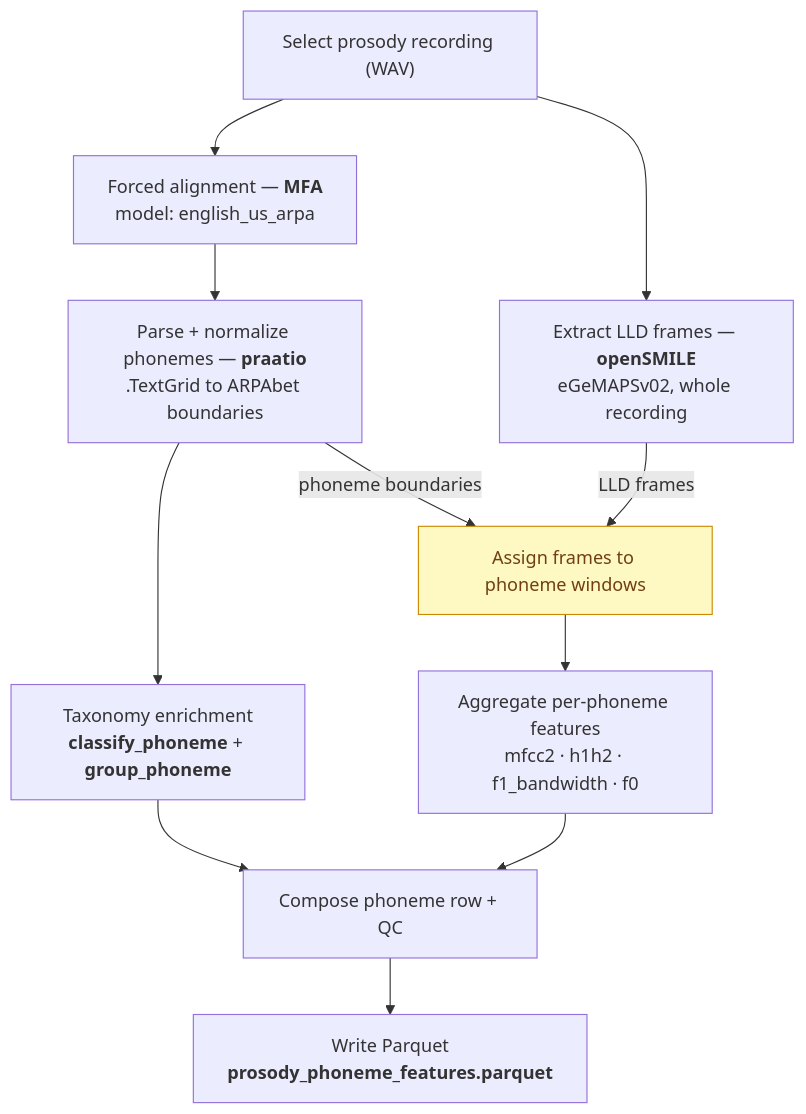
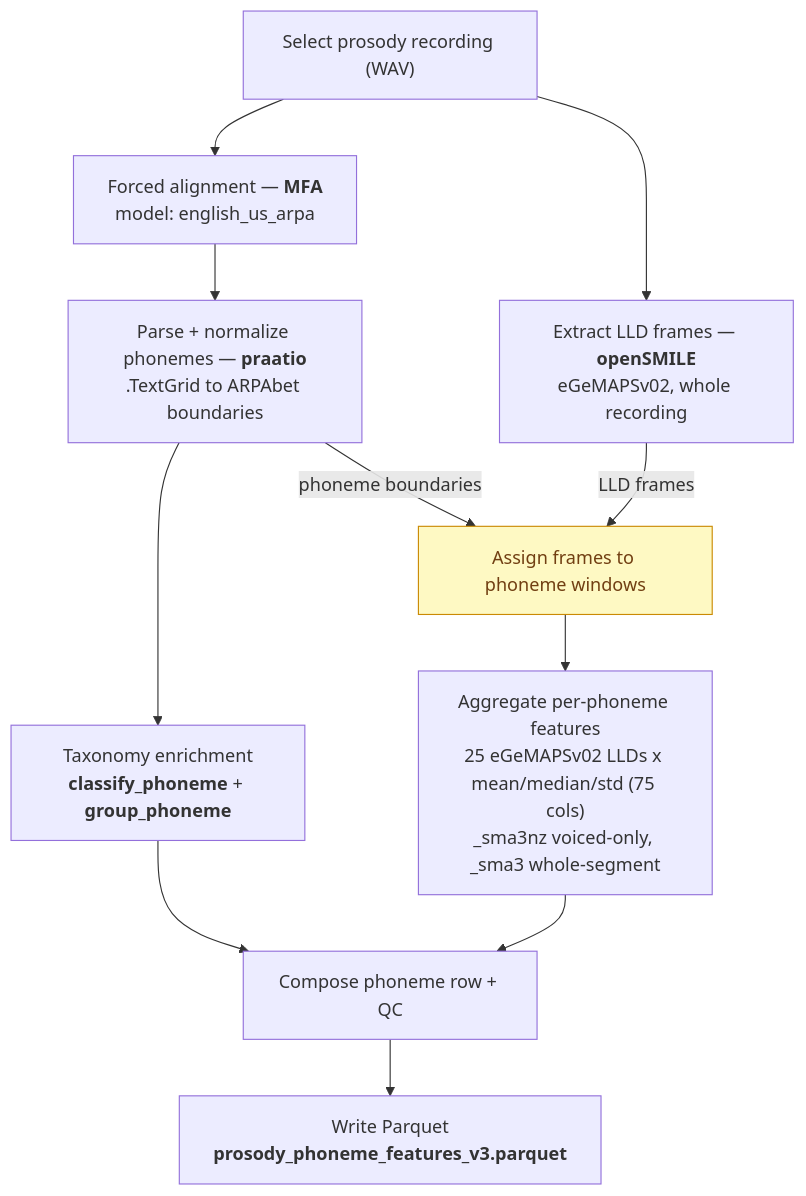
The first of 2 diagrams in docs/PHONEME_PROSODY_METHODOLOGY_PRESENTATION.md (PoisonIvory/voice_feature_extraction), drawn with Mermaid before and after one commit. The commit also changed 15 other files, not shown here.

First line of the commit message:
Generalize phoneme prosody extraction to all 25 eGeMAPS LLDs (v3).

````diff
--- a/docs/PHONEME_PROSODY_METHODOLOGY_PRESENTATION.md
+++ b/docs/PHONEME_PROSODY_METHODOLOGY_PRESENTATION.md
@@ -20,21 +20,21 @@
 ```mermaid
 flowchart TD
     A["Select prosody recording (WAV)"]
 
     A --> C["Forced alignment &mdash; <b>MFA</b><br/>model: english_us_arpa"]
     A --> H["Extract LLD frames &mdash; <b>openSMILE</b><br/>eGeMAPSv02, whole recording"]
 
     C --> D["Parse + normalize phonemes &mdash; <b>praatio</b><br/>.TextGrid to ARPAbet boundaries"]
     D --> G["Taxonomy enrichment<br/><b>classify_phoneme</b> + <b>group_phoneme</b>"]
 
     D -- "phoneme boundaries" --> I["Assign frames to phoneme windows"]
     H -- "LLD frames" --> I
-    I --> J["Aggregate per-phoneme features<br/>mfcc2 · h1h2 · f1_bandwidth · f0"]
+    I --> J["Aggregate per-phoneme features<br/>25 eGeMAPSv02 LLDs x mean/median/std (75 cols)<br/>_sma3nz voiced-only, _sma3 whole-segment"]
 
     G --> K["Compose phoneme row + QC"]
     J --> K
-    K --> M["Write Parquet<br/><b>prosody_phoneme_features.parquet</b>"]
+    K --> M["Write Parquet<br/><b>prosody_phoneme_features_v3.parquet</b>"]
 
     classDef join fill:#fef9c3,stroke:#ca8a04,color:#713f12;
     class I join;
 ```
````
